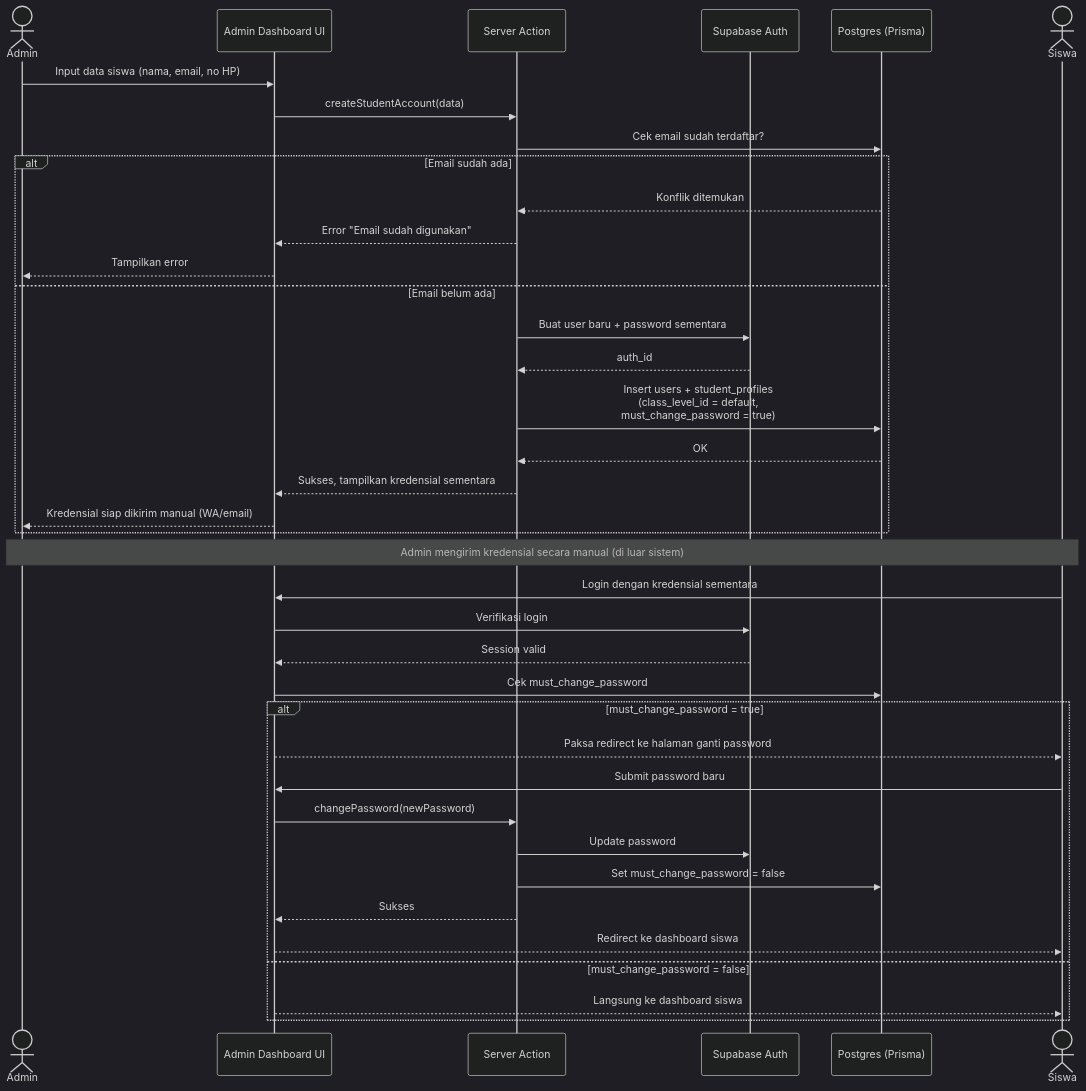
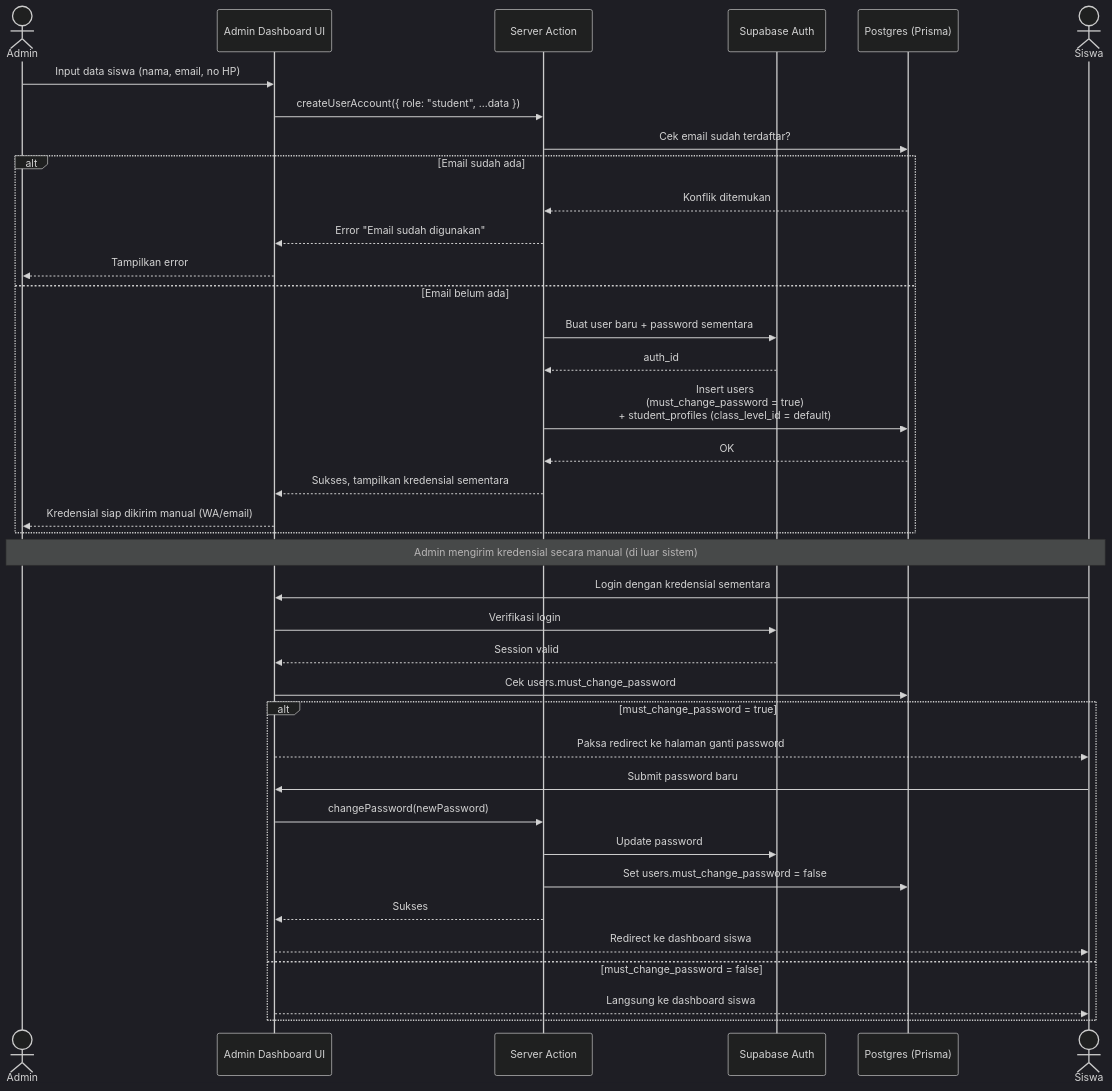
The third of 5 diagrams in docs/SDD.md (JasaTumbuhDigital/bimbel-lms), drawn with Mermaid (dark theme) before and after one commit. The commit also changed other lines of this file and 4 other files, not shown here.

````diff
--- a/docs/SDD.md
+++ b/docs/SDD.md
@@ -398,43 +402,43 @@
 ```mermaid
 sequenceDiagram
     actor Admin
     participant UI as Admin Dashboard UI
     participant SA as Server Action
     participant Auth as Supabase Auth
     participant DB as Postgres (Prisma)
     actor Siswa
 
     Admin->>UI: Input data siswa (nama, email, no HP)
-    UI->>SA: createStudentAccount(data)
+    UI->>SA: createUserAccount({ role: "student", ...data })
     SA->>DB: Cek email sudah terdaftar?
     alt Email sudah ada
         DB-->>SA: Konflik ditemukan
         SA-->>UI: Error "Email sudah digunakan"
         UI-->>Admin: Tampilkan error
     else Email belum ada
         SA->>Auth: Buat user baru + password sementara
         Auth-->>SA: auth_id
-        SA->>DB: Insert users + student_profiles<br/>(class_level_id = default,<br/>must_change_password = true)
+        SA->>DB: Insert users<br/>(must_change_password = true)<br/>+ student_profiles (class_level_id = default)
         DB-->>SA: OK
         SA-->>UI: Sukses, tampilkan kredensial sementara
         UI-->>Admin: Kredensial siap dikirim manual (WA/email)
     end
 
     Note over Admin,Siswa: Admin mengirim kredensial secara manual (di luar sistem)
 
     Siswa->>UI: Login dengan kredensial sementara
     UI->>Auth: Verifikasi login
     Auth-->>UI: Session valid
-    UI->>DB: Cek must_change_password
+    UI->>DB: Cek users.must_change_password
     alt must_change_password = true
         UI-->>Siswa: Paksa redirect ke halaman ganti password
         Siswa->>UI: Submit password baru
         UI->>SA: changePassword(newPassword)
         SA->>Auth: Update password
-        SA->>DB: Set must_change_password = false
+        SA->>DB: Set users.must_change_password = false
         SA-->>UI: Sukses
         UI-->>Siswa: Redirect ke dashboard siswa
     else must_change_password = false
         UI-->>Siswa: Langsung ke dashboard siswa
     end
 ```
````
